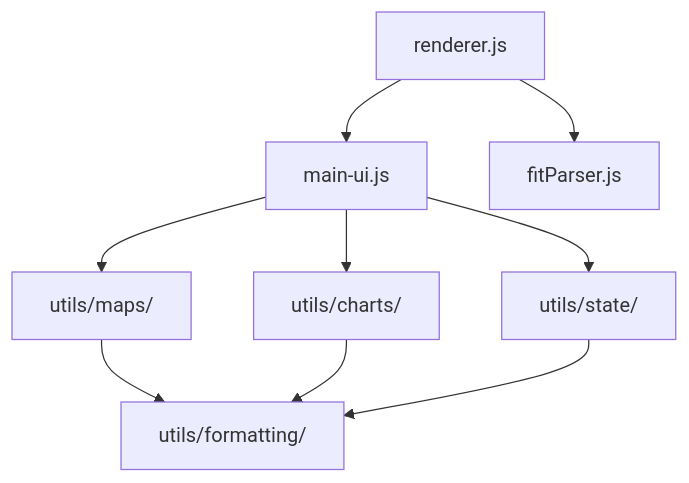
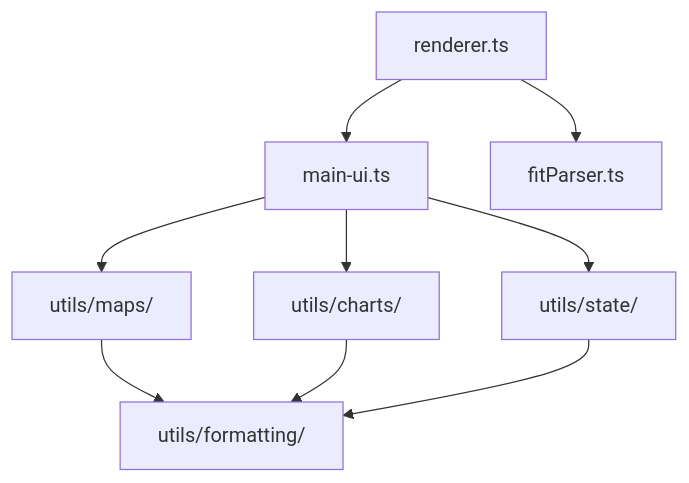
One commit to Nick2bad4u/FitFileViewer changed the diagram in docusaurus/docs/architecture/module-system.md. Above: the diagram before and after it, drawn with Mermaid. The commit also changed 6 other files, not shown here.

Commit message:
🧹 [docs] Align architecture docs with TypeScript sources

````diff
--- a/docusaurus/docs/architecture/module-system.md
+++ b/docusaurus/docs/architecture/module-system.md
@@ -181,13 +181,13 @@
 ```mermaid
 flowchart TD
-    A[renderer.js] --> B[main-ui.js]
-    A --> C[fitParser.js]
+    A[renderer.ts] --> B[main-ui.ts]
+    A --> C[fitParser.ts]
 
     B --> D[utils/maps/]
     B --> E[utils/charts/]
     B --> F[utils/state/]
 
     D --> G[utils/formatting/]
     E --> G
     F --> G
 ```
````
